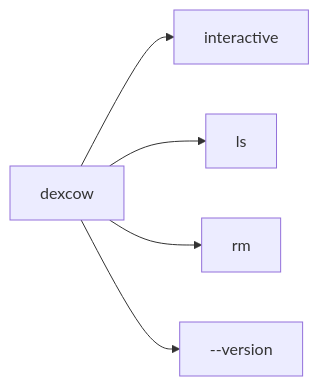
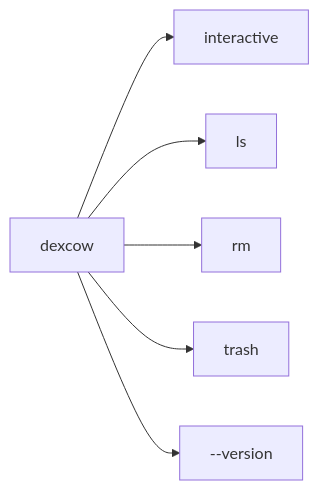
Before and after one commit to lemonbu5h/dexcow: the first of 5 diagrams in docs/architecture.md, drawn with Mermaid. The commit also changed other lines of this file and 5 other files, not shown here.

````diff
--- a/docs/architecture.md
+++ b/docs/architecture.md
@@ -7,7 +7,8 @@
 ```mermaid
 flowchart LR
   A["dexcow"] --> B["interactive"]
   A --> C["ls"]
   A --> D["rm <id...>"]
-  A --> E["--version"]
+  A --> E["trash"]
+  A --> F["--version"]
 ```
````
